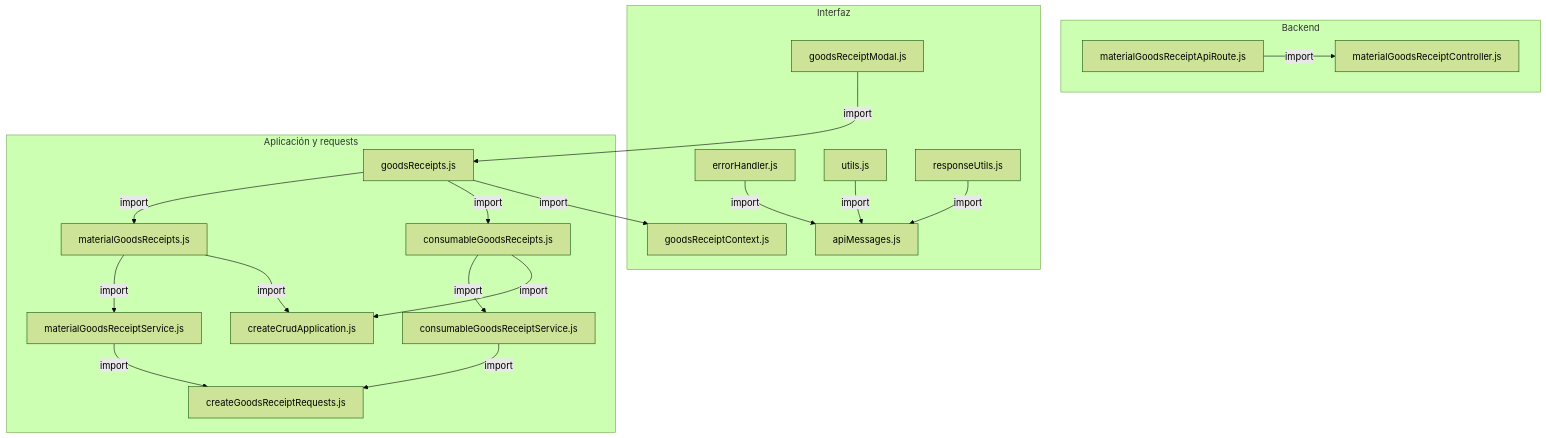
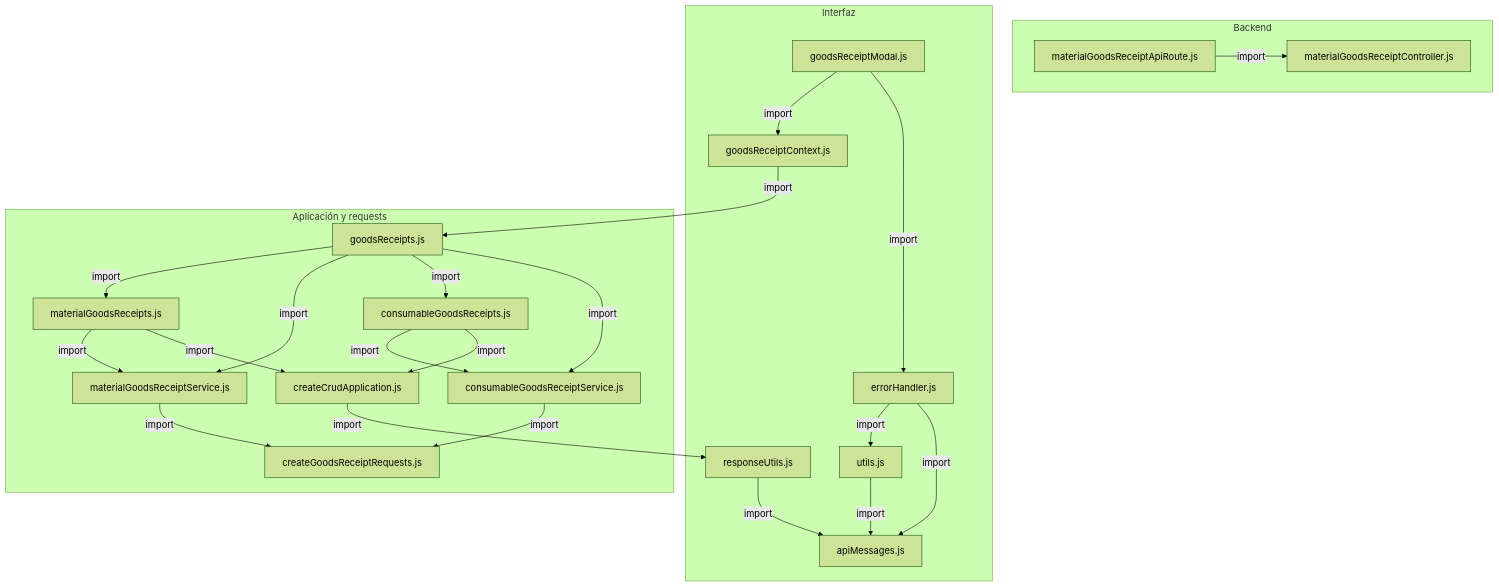
One commit to gpgsistemas01/nexus changed the first of 2 diagrams in docs/architecture/views/processes/frontend-code-sequences/purchases/cu-ent-05.md. Above: the diagram before and after it, drawn with Mermaid (forest theme). The commit also changed 200 other files, not shown here.

````diff
--- a/docs/architecture/views/processes/frontend-code-sequences/purchases/cu-ent-05.md
+++ b/docs/architecture/views/processes/frontend-code-sequences/purchases/cu-ent-05.md
@@ -56,38 +56,43 @@
 ```mermaid
 flowchart TB
     subgraph Component0["Backend"]
         FileMaterialGoodsReceiptController["materialGoodsReceiptController.js"]
         Transport["materialGoodsReceiptApiRoute.js"]
     end
     subgraph Component1["Interfaz"]
         FileErrorHandler["errorHandler.js"]
         FileUtils["utils.js"]
         FileApiMessages["apiMessages.js"]
         FileGoodsReceiptContext["goodsReceiptContext.js"]
         View["goodsReceiptModal.js"]
         FileResponseUtils["responseUtils.js"]
     end
     subgraph Component2["Aplicación y requests"]
         Application["createCrudApplication.js"]
         FileConsumableGoodsReceipts["consumableGoodsReceipts.js"]
         FileGoodsReceipts["goodsReceipts.js"]
         FileMaterialGoodsReceipts["materialGoodsReceipts.js"]
         FileConsumableGoodsReceiptService["consumableGoodsReceiptService.js"]
         Request["createGoodsReceiptRequests.js"]
         FileMaterialGoodsReceiptService["materialGoodsReceiptService.js"]
     end
+    Application -->|import| FileResponseUtils
+    FileConsumableGoodsReceiptService -->|import| Request
+    FileConsumableGoodsReceipts -->|import| Application
+    FileConsumableGoodsReceipts -->|import| FileConsumableGoodsReceiptService
     FileErrorHandler -->|import| FileApiMessages
+    FileErrorHandler -->|import| FileUtils
+    FileGoodsReceiptContext -->|import| FileGoodsReceipts
+    FileGoodsReceipts -->|import| FileConsumableGoodsReceiptService
+    FileGoodsReceipts -->|import| FileConsumableGoodsReceipts
+    FileGoodsReceipts -->|import| FileMaterialGoodsReceiptService
+    FileGoodsReceipts -->|import| FileMaterialGoodsReceipts
+    FileMaterialGoodsReceiptService -->|import| Request
+    FileMaterialGoodsReceipts -->|import| Application
+    FileMaterialGoodsReceipts -->|import| FileMaterialGoodsReceiptService
+    FileResponseUtils -->|import| FileApiMessages
     FileUtils -->|import| FileApiMessages
-    FileConsumableGoodsReceipts -->|import| FileConsumableGoodsReceiptService
-    FileConsumableGoodsReceipts -->|import| Application
-    FileGoodsReceipts -->|import| FileMaterialGoodsReceipts
-    FileGoodsReceipts -->|import| FileConsumableGoodsReceipts
-    FileGoodsReceipts -->|import| FileGoodsReceiptContext
-    FileMaterialGoodsReceipts -->|import| FileMaterialGoodsReceiptService
-    FileMaterialGoodsReceipts -->|import| Application
-    View -->|import| FileGoodsReceipts
-    FileConsumableGoodsReceiptService -->|import| Request
-    FileMaterialGoodsReceiptService -->|import| Request
-    FileResponseUtils -->|import| FileApiMessages
     Transport -->|import| FileMaterialGoodsReceiptController
+    View -->|import| FileErrorHandler
+    View -->|import| FileGoodsReceiptContext
 ```
````
